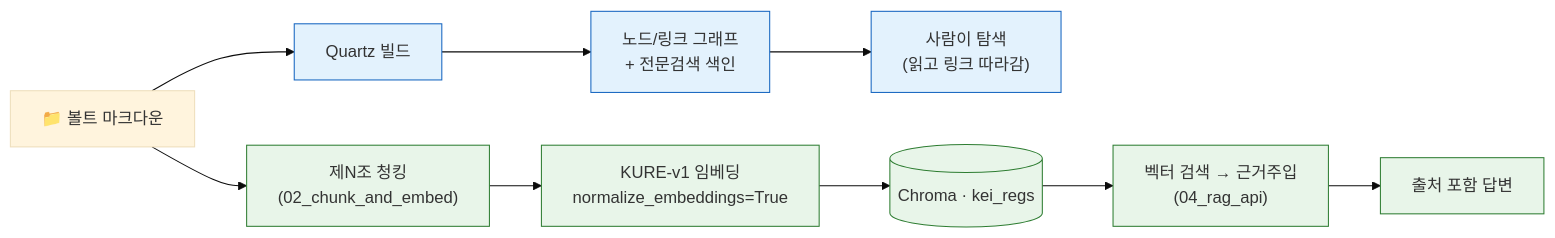
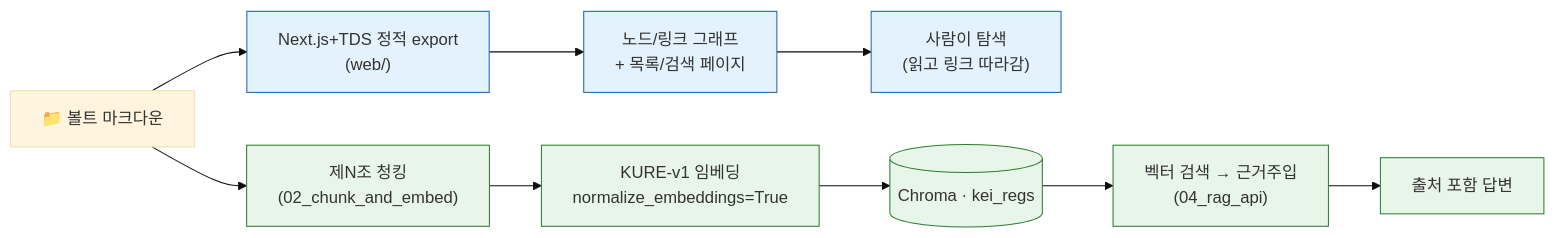
Before and after one commit to mooner92/KEIAdminSuperv: the second of 4 diagrams in docs/02-architecture.md, drawn with Mermaid (base theme). The commit also changed other lines of this file and 4 other files, not shown here.

First line of the commit message:
docs: [뇌] 화면 Quartz → Next.js + TDS 이관 반영

````diff
--- a/docs/02-architecture.md
+++ b/docs/02-architecture.md
@@ -89,19 +103,19 @@
 ```mermaid
 flowchart LR
     V["📁 볼트 마크다운"]
 
-    V --> A1["Quartz 빌드"]
-    A1 --> A2["노드/링크 그래프<br/>+ 전문검색 색인"]
+    V --> A1["Next.js+TDS 정적 export<br/>(web/)"]
+    A1 --> A2["노드/링크 그래프<br/>+ 목록/검색 페이지"]
     A2 --> A3["사람이 탐색<br/>(읽고 링크 따라감)"]
 
     V --> B1["제N조 청킹<br/>(02_chunk_and_embed)"]
     B1 --> B2["KURE-v1 임베딩<br/>normalize_embeddings=True"]
     B2 --> B3[("Chroma · kei_regs")]
     B3 --> B4["벡터 검색 → 근거주입<br/>(04_rag_api)"]
     B4 --> B5["출처 포함 답변"]
 
     classDef brain fill:#e3f2fd,stroke:#1565c0;
     classDef assist fill:#e8f5e9,stroke:#2e7d32;
     class A1,A2,A3 brain;
     class B1,B2,B3,B4,B5 assist;
 ```
````
